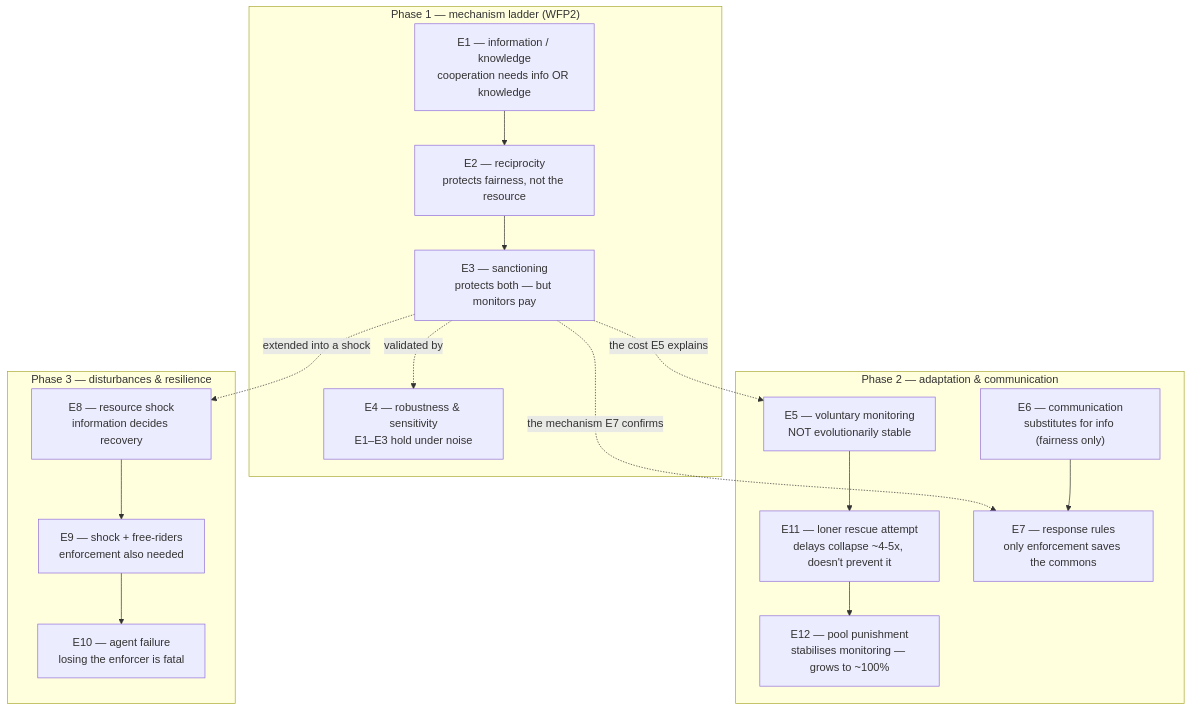
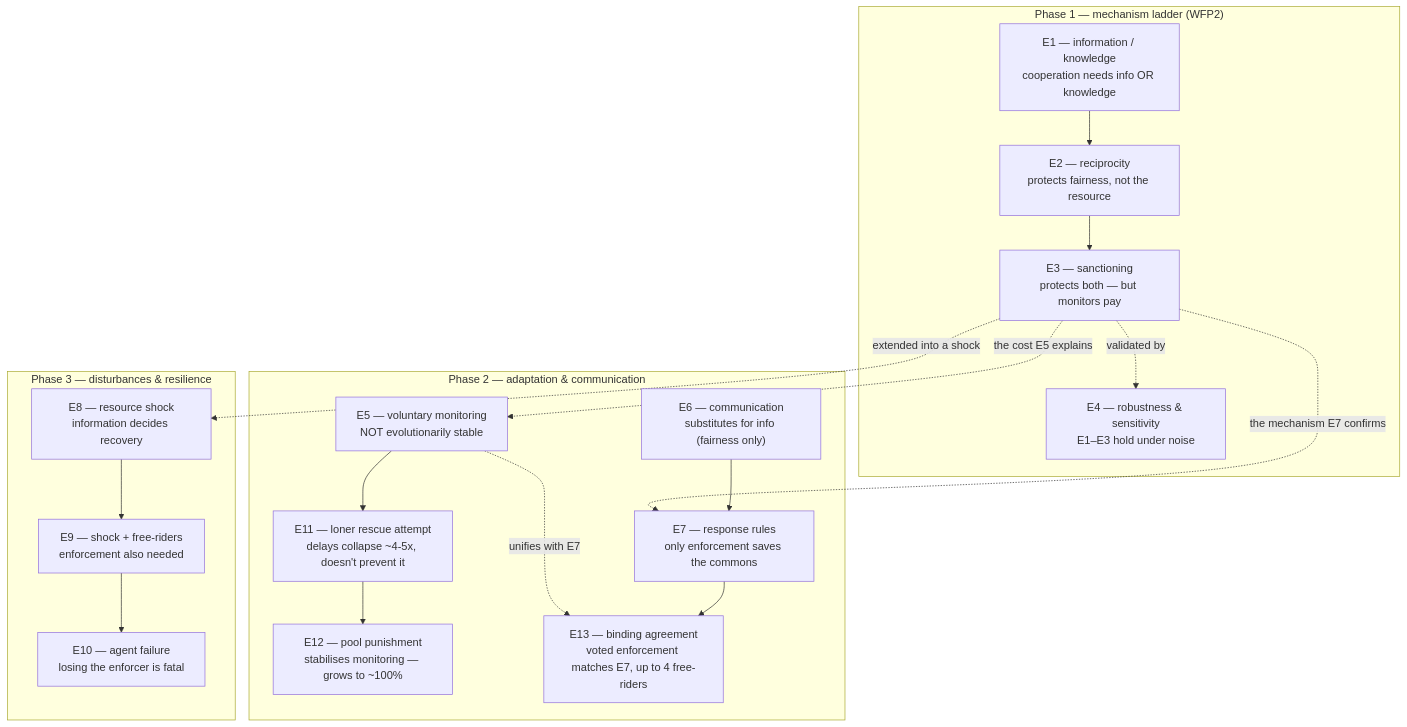
The diagram in docs/findings-summary.md (loonaarc/wfp2), drawn with Mermaid before and after one commit. The commit also changed other lines of this file and 25 other files, not shown here.

````diff
--- a/docs/findings-summary.md
+++ b/docs/findings-summary.md
@@ -72,32 +74,34 @@
 ```mermaid
 flowchart TD
     subgraph P1["Phase 1 — mechanism ladder (WFP2)"]
         E1["E1 — information / knowledge<br/>cooperation needs info OR knowledge"]
         E2["E2 — reciprocity<br/>protects fairness, not the resource"]
         E3["E3 — sanctioning<br/>protects both — but monitors pay"]
         E4["E4 — robustness & sensitivity<br/>E1–E3 hold under noise"]
         E1 --> E2 --> E3
         E3 -.validated by.-> E4
     end
 
     subgraph P2["Phase 2 — adaptation & communication"]
         E5["E5 — voluntary monitoring<br/>NOT evolutionarily stable"]
         E11["E11 — loner rescue attempt<br/>delays collapse ~4-5x, doesn't prevent it"]
         E12["E12 — pool punishment<br/>stabilises monitoring — grows to ~100%"]
         E6["E6 — communication<br/>substitutes for info (fairness only)"]
         E7["E7 — response rules<br/>only enforcement saves the commons"]
+        E13["E13 — binding agreement<br/>voted enforcement matches E7, up to 4 free-riders"]
         E5 --> E11 --> E12
-        E6 --> E7
+        E6 --> E7 --> E13
+        E5 -.unifies with E7.-> E13
     end
 
     subgraph P3["Phase 3 — disturbances & resilience"]
         E8["E8 — resource shock<br/>information decides recovery"]
         E9["E9 — shock + free-riders<br/>enforcement also needed"]
         E10["E10 — agent failure<br/>losing the enforcer is fatal"]
         E8 --> E9 --> E10
     end
 
     E3 -.the cost E5 explains.-> E5
     E3 -.the mechanism E7 confirms.-> E7
     E3 -.extended into a shock.-> E8
 ```
````
